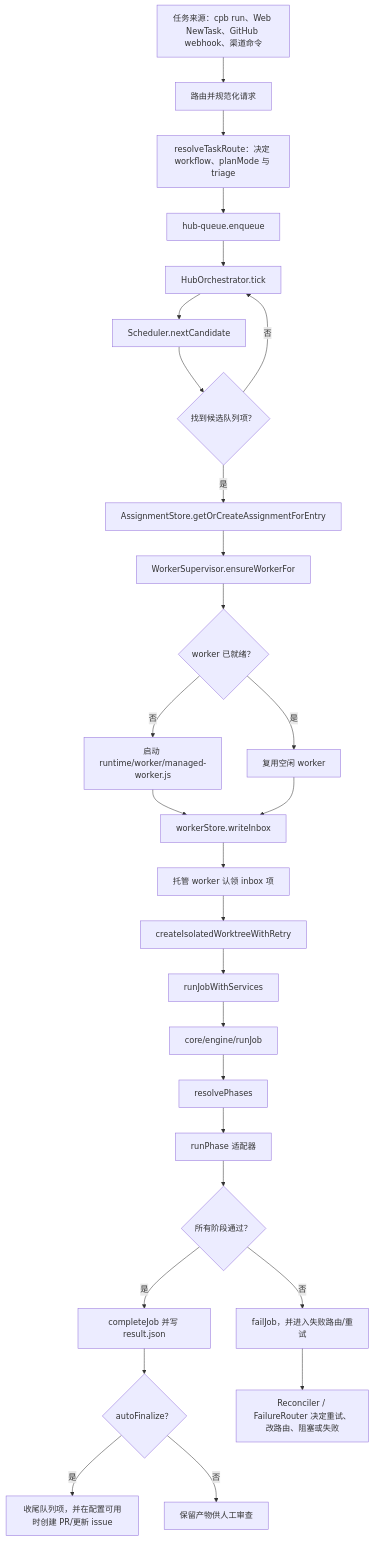
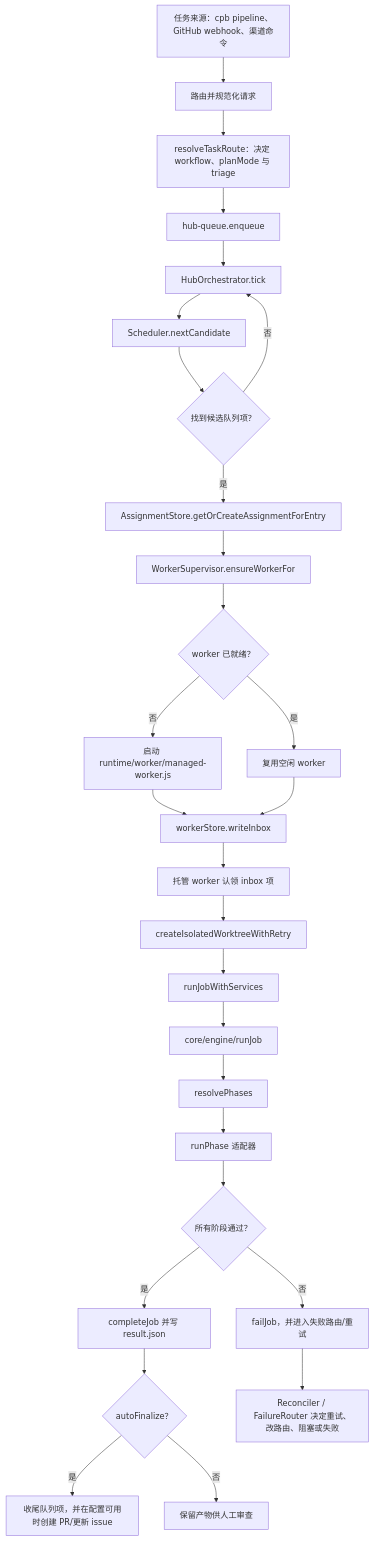
The second of 21 diagrams in docs/architecture/unit-flowcharts.md (changw98ic/codepatchbay), drawn with Mermaid before and after one commit. The commit also changed other lines of this file and 169 other files, not shown here.

````diff
--- a/docs/architecture/unit-flowcharts.md
+++ b/docs/architecture/unit-flowcharts.md
@@ -62,30 +62,30 @@
 ```mermaid
 flowchart TD
-  A["任务来源：cpb run、Web NewTask、GitHub webhook、渠道命令"] --> B["路由并规范化请求"]
+  A["任务来源：cpb pipeline、GitHub webhook、渠道命令"] --> B["路由并规范化请求"]
   B --> C["resolveTaskRoute：决定 workflow、planMode 与 triage"]
   C --> D["hub-queue.enqueue"]
   D --> E["HubOrchestrator.tick"]
   E --> F["Scheduler.nextCandidate"]
   F --> G{"找到候选队列项？"}
   G -->|"否"| E
   G -->|"是"| H["AssignmentStore.getOrCreateAssignmentForEntry"]
   H --> I["WorkerSupervisor.ensureWorkerFor"]
   I --> J{"worker 已就绪？"}
   J -->|"否"| K["启动 runtime/worker/managed-worker.js"]
   J -->|"是"| L["复用空闲 worker"]
   K --> M["workerStore.writeInbox"]
   L --> M
   M --> N["托管 worker 认领 inbox 项"]
   N --> O["createIsolatedWorktreeWithRetry"]
   O --> P["runJobWithServices"]
   P --> Q["core/engine/runJob"]
   Q --> R["resolvePhases"]
   R --> S["runPhase 适配器"]
   S --> T{"所有阶段通过？"}
   T -->|"是"| U["completeJob 并写 result.json"]
   T -->|"否"| V["failJob，并进入失败路由/重试"]
   U --> W{"autoFinalize？"}
   W -->|"是"| X["收尾队列项，并在配置可用时创建 PR/更新 issue"]
   W -->|"否"| Y["保留产物供人工审查"]
   V --> Z["Reconciler / FailureRouter 决定重试、改路由、阻塞或失败"]
 ```
````
